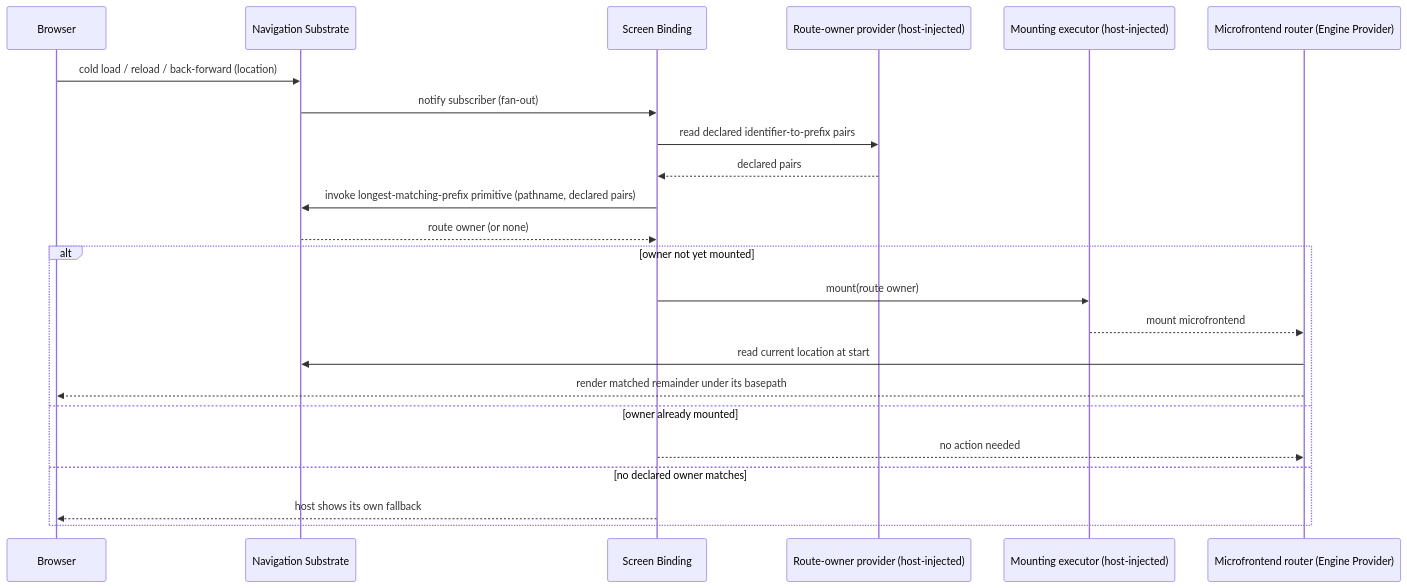
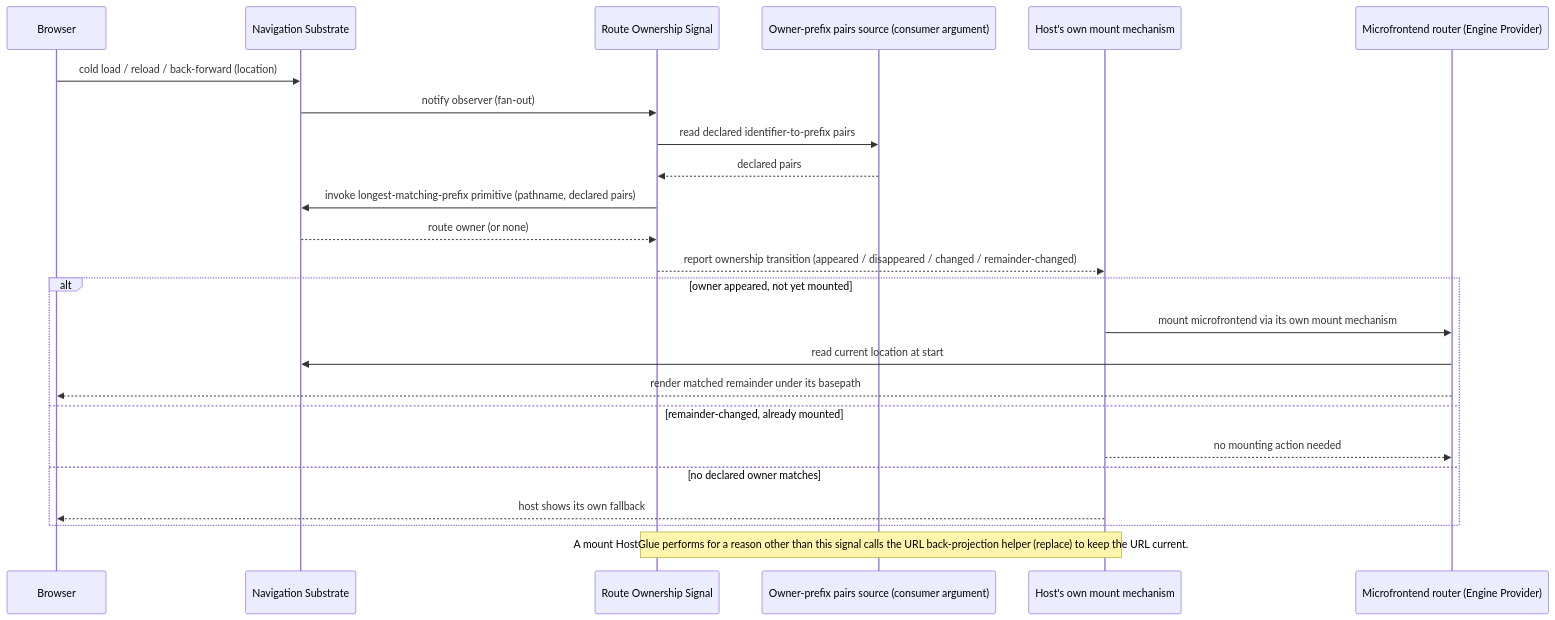
One commit to GeraBart/gears-frontx changed the second of 2 diagrams in packages/routing/architecture/DESIGN.md. Above: the diagram before and after it, drawn with Mermaid. The commit also changed other lines of this file and 7 other files, not shown here.

````diff
--- a/packages/routing/architecture/DESIGN.md
+++ b/packages/routing/architecture/DESIGN.md
@@ -282,25 +283,26 @@
 ```mermaid
 sequenceDiagram
     participant Browser
     participant Substrate as Navigation Substrate
-    participant Binding as Screen Binding
-    participant OwnerPort as Route-owner provider (host-injected)
-    participant MountPort as Mounting executor (host-injected)
+    participant Signal as Route Ownership Signal
+    participant Pairs as Owner-prefix pairs source (consumer argument)
+    participant HostGlue as Host's own mount mechanism
     participant MFE as Microfrontend router (Engine Provider)
     Browser->>Substrate: cold load / reload / back-forward (location)
-    Substrate->>Binding: notify subscriber (fan-out)
-    Binding->>OwnerPort: read declared identifier-to-prefix pairs
-    OwnerPort-->>Binding: declared pairs
-    Binding->>Substrate: invoke longest-matching-prefix primitive (pathname, declared pairs)
-    Substrate-->>Binding: route owner (or none)
-    alt owner not yet mounted
-        Binding->>MountPort: mount(route owner)
-        MountPort-->>MFE: mount microfrontend
+    Substrate->>Signal: notify observer (fan-out)
+    Signal->>Pairs: read declared identifier-to-prefix pairs
+    Pairs-->>Signal: declared pairs
+    Signal->>Substrate: invoke longest-matching-prefix primitive (pathname, declared pairs)
+    Substrate-->>Signal: route owner (or none)
+    Signal-->>HostGlue: report ownership transition (appeared / disappeared / changed / remainder-changed)
+    alt owner appeared, not yet mounted
+        HostGlue->>MFE: mount microfrontend via its own mount mechanism
         MFE->>Substrate: read current location at start
         MFE-->>Browser: render matched remainder under its basepath
-    else owner already mounted
-        Binding-->>MFE: no action needed
+    else remainder-changed, already mounted
+        HostGlue-->>MFE: no mounting action needed
     else no declared owner matches
-        Binding-->>Browser: host shows its own fallback
+        HostGlue-->>Browser: host shows its own fallback
     end
+    Note over HostGlue,Signal: A mount HostGlue performs for a reason other than this signal calls the URL back-projection helper (replace) to keep the URL current.
 ```
````
